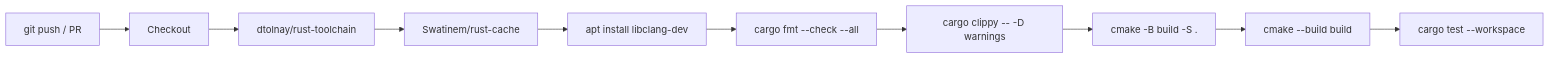
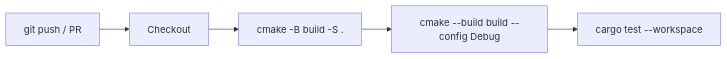
Before and after one commit to jesspig/GodotMCP-GDExtension: the first of 2 diagrams in .repo_wiki/reference/ci-cd.md, drawn with Mermaid. The commit also changed other lines of this file and 27 other files, not shown here.

````diff
--- a/.repo_wiki/reference/ci-cd.md
+++ b/.repo_wiki/reference/ci-cd.md
@@ -7,12 +7,7 @@
 ```mermaid
 flowchart LR
     A[git push / PR] --> B[Checkout]
-    B --> C[dtolnay/rust-toolchain]
-    C --> D[Swatinem/rust-cache]
-    D --> E[apt install libclang-dev]
-    E --> F[cargo fmt --check --all]
-    F --> G[cargo clippy -- -D warnings]
-    G --> H[cmake -B build -S .]
-    H --> I[cmake --build build]
-    I --> J[cargo test --workspace]
+    B --> C[cmake -B build -S .]
+    C --> D[cmake --build build --config Debug]
+    D --> E[cargo test --workspace]
 ```
````
